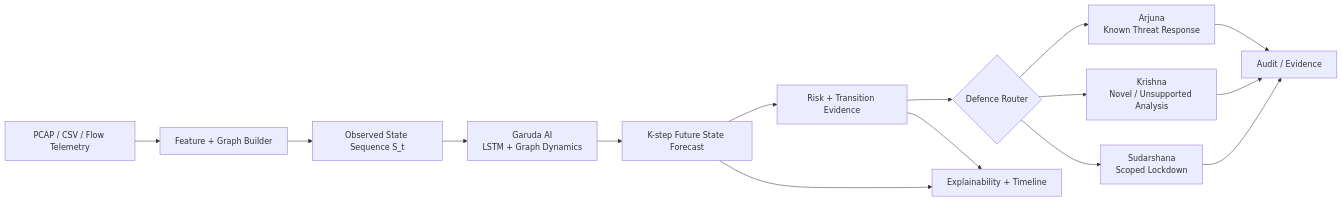
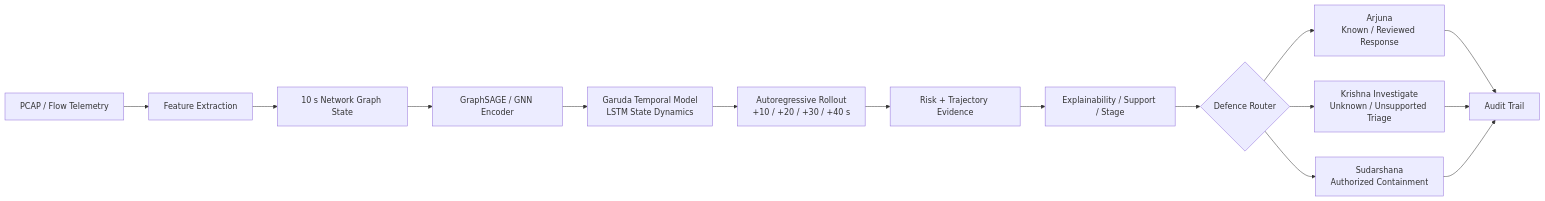
Before and after one commit to keshavchauhan15482-byte/defencekrishna: the diagram in README.md, drawn with Mermaid. The commit also changed other lines of this file, not shown here.

````diff
--- a/README.md
+++ b/README.md
@@ -39,17 +72,17 @@
 ```mermaid
 flowchart LR
-    A[PCAP / CSV / Flow Telemetry] --> B[Feature + Graph Builder]
-    B --> C[Observed State Sequence S_t]
-    C --> D[Garuda AI\nLSTM + Graph Dynamics]
-    D --> E[K-step Future State Forecast]
-    E --> F[Risk + Transition Evidence]
-    F --> G{Defence Router}
-    G --> H[Arjuna\nKnown Threat Response]
-    G --> I[Krishna\nNovel / Unsupported Analysis]
-    G --> J[Sudarshana\nScoped Lockdown]
-    E --> K[Explainability + Timeline]
-    F --> K
-    H --> L[Audit / Evidence]
-    I --> L
-    J --> L
+    A[PCAP / Flow Telemetry] --> B[Feature Extraction]
+    B --> C[10 s Network Graph State]
+    C --> D[GraphSAGE / GNN Encoder]
+    D --> E[Garuda Temporal Model\nLSTM State Dynamics]
+    E --> F[Autoregressive Rollout\n+10 / +20 / +30 / +40 s]
+    F --> G[Risk + Trajectory Evidence]
+    G --> H[Explainability / Support / Stage]
+    H --> I{Defence Router}
+    I --> J[Arjuna\nKnown / Reviewed Response]
+    I --> K[Krishna Investigate\nUnknown / Unsupported Triage]
+    I --> L[Sudarshana\nAuthorized Containment]
+    J --> M[Audit Trail]
+    K --> M
+    L --> M
 ```
````
